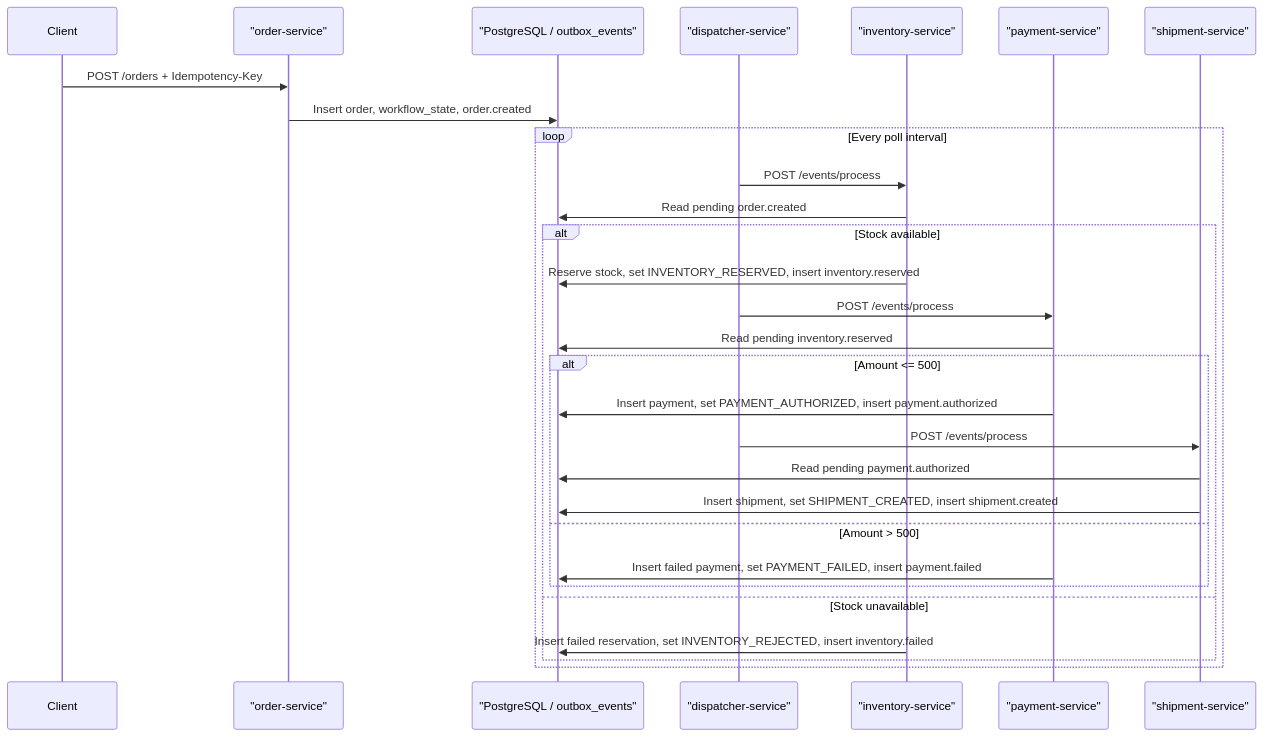
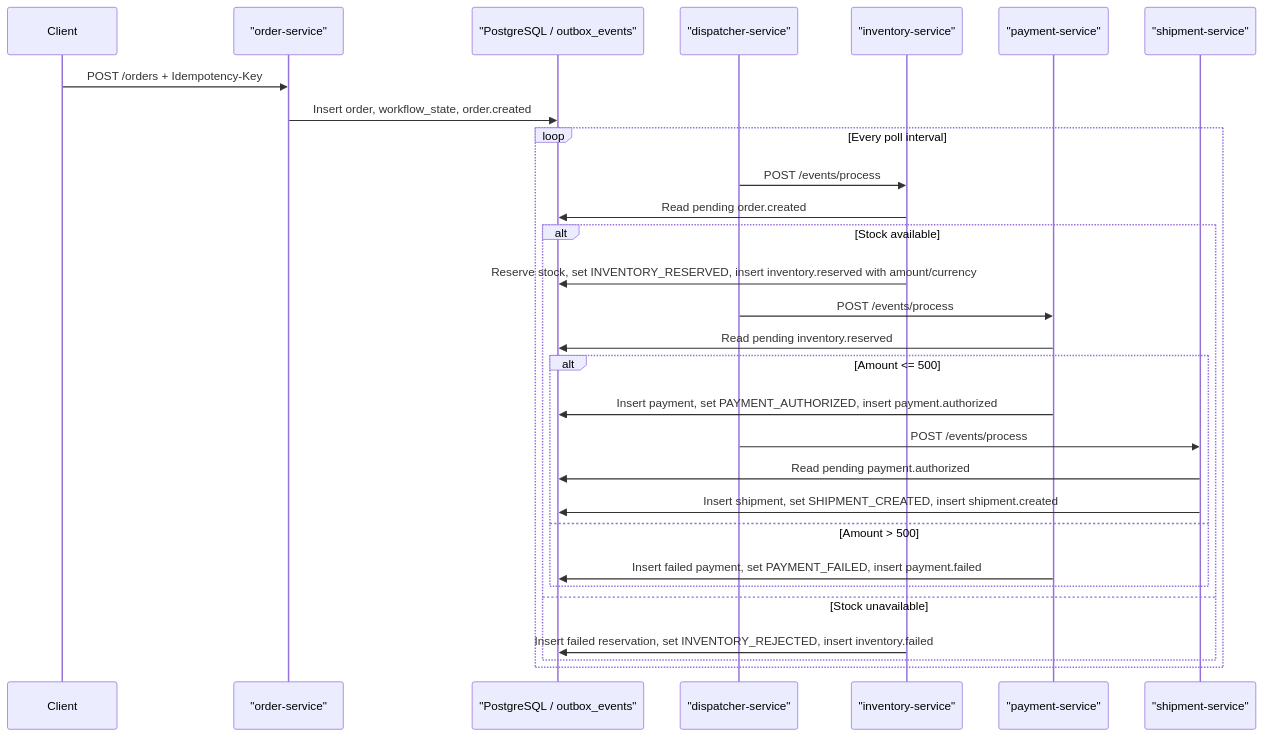
Before and after one commit to Sivarohitk/Distributed-Order-Processing-Inventory-Management-System: the second of 2 diagrams in README.md, drawn with Mermaid. The commit also changed other lines of this file and 32 other files, not shown here.

````diff
--- a/README.md
+++ b/README.md
@@ -87,33 +106,33 @@
 ```mermaid
 sequenceDiagram
     participant Client
     participant Order as "order-service"
     participant DB as "PostgreSQL / outbox_events"
     participant Dispatcher as "dispatcher-service"
     participant Inventory as "inventory-service"
     participant Payment as "payment-service"
     participant Shipment as "shipment-service"
 
     Client->>Order: POST /orders + Idempotency-Key
     Order->>DB: Insert order, workflow_state, order.created
 
     loop Every poll interval
         Dispatcher->>Inventory: POST /events/process
         Inventory->>DB: Read pending order.created
         alt Stock available
-            Inventory->>DB: Reserve stock, set INVENTORY_RESERVED, insert inventory.reserved
+            Inventory->>DB: Reserve stock, set INVENTORY_RESERVED, insert inventory.reserved with amount/currency
             Dispatcher->>Payment: POST /events/process
             Payment->>DB: Read pending inventory.reserved
             alt Amount <= 500
                 Payment->>DB: Insert payment, set PAYMENT_AUTHORIZED, insert payment.authorized
                 Dispatcher->>Shipment: POST /events/process
                 Shipment->>DB: Read pending payment.authorized
                 Shipment->>DB: Insert shipment, set SHIPMENT_CREATED, insert shipment.created
             else Amount > 500
                 Payment->>DB: Insert failed payment, set PAYMENT_FAILED, insert payment.failed
             end
         else Stock unavailable
             Inventory->>DB: Insert failed reservation, set INVENTORY_REJECTED, insert inventory.failed
         end
     end
 ```
````
